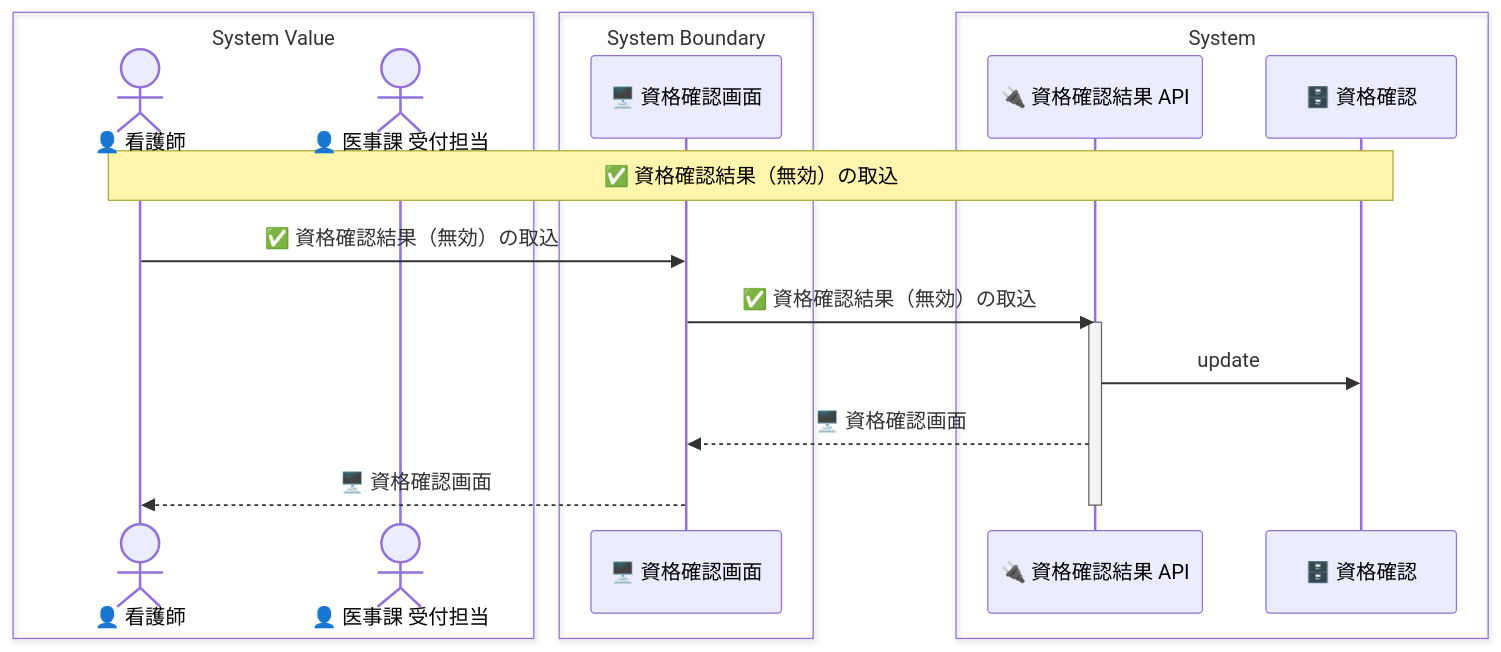
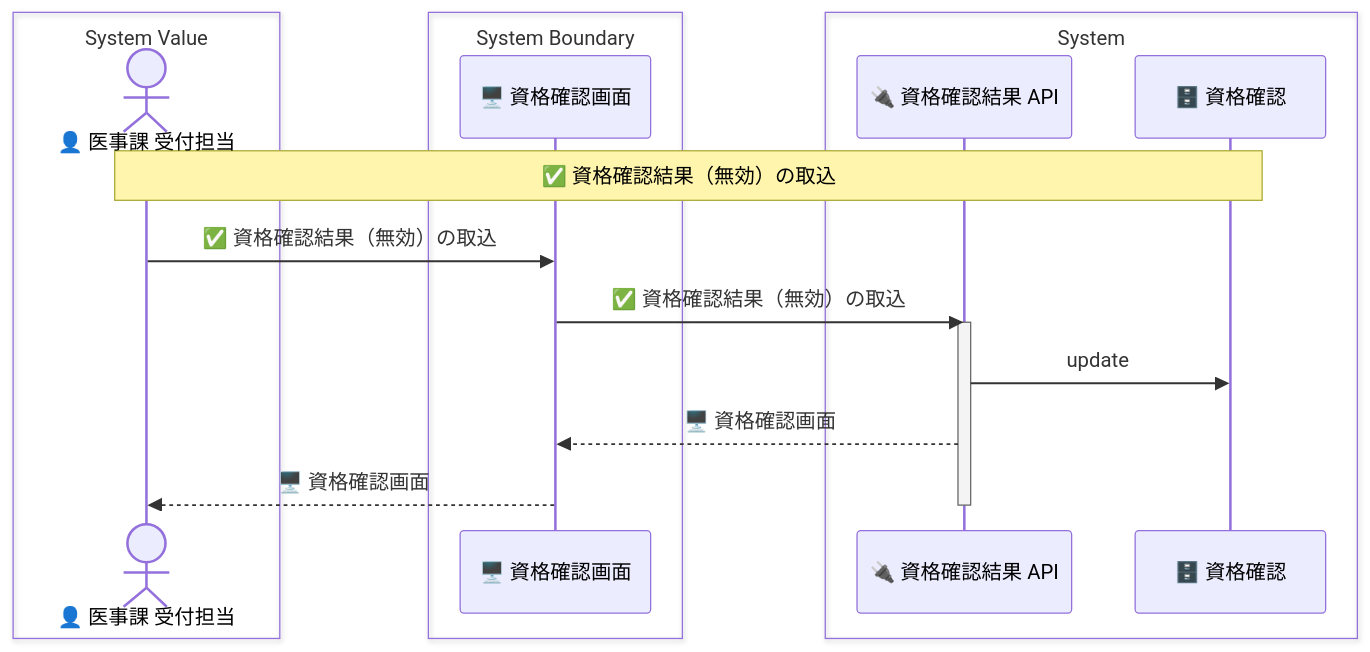
One commit to manji-0/rdra-ish-dsl changed the diagram in samples/clinic-ops/out/uc/sequence_receive_eligibility_invalid.mmd. Above: the diagram before and after it, drawn with Mermaid. The commit also changed 71 other files, not shown here.

```diff
--- a/samples/clinic-ops/out/uc/sequence_receive_eligibility_invalid.mmd
+++ b/samples/clinic-ops/out/uc/sequence_receive_eligibility_invalid.mmd
@@ -1,21 +1,20 @@
 sequenceDiagram
   box System Value
-    actor Nurse as 👤 看護師
     actor ReceptionClerk as 👤 医事課 受付担当
   end
   box System Boundary
     participant EligibilityScreen as 🖥️ 資格確認画面
   end
   box System
     participant EligibilityResultApi as 🔌 資格確認結果 API
     participant EligibilityCheck as 🗄️ 資格確認
   end
 
-  Note over Nurse,EligibilityCheck: ✅ 資格確認結果（無効）の取込
-  Nurse->>EligibilityScreen: ✅ 資格確認結果（無効）の取込
+  Note over ReceptionClerk,EligibilityCheck: ✅ 資格確認結果（無効）の取込
+  ReceptionClerk->>EligibilityScreen: ✅ 資格確認結果（無効）の取込
   EligibilityScreen->>EligibilityResultApi: ✅ 資格確認結果（無効）の取込
   activate EligibilityResultApi
   EligibilityResultApi->>EligibilityCheck: update
   EligibilityResultApi-->>EligibilityScreen: 🖥️ 資格確認画面
-  EligibilityScreen-->>Nurse: 🖥️ 資格確認画面
+  EligibilityScreen-->>ReceptionClerk: 🖥️ 資格確認画面
   deactivate EligibilityResultApi
```
